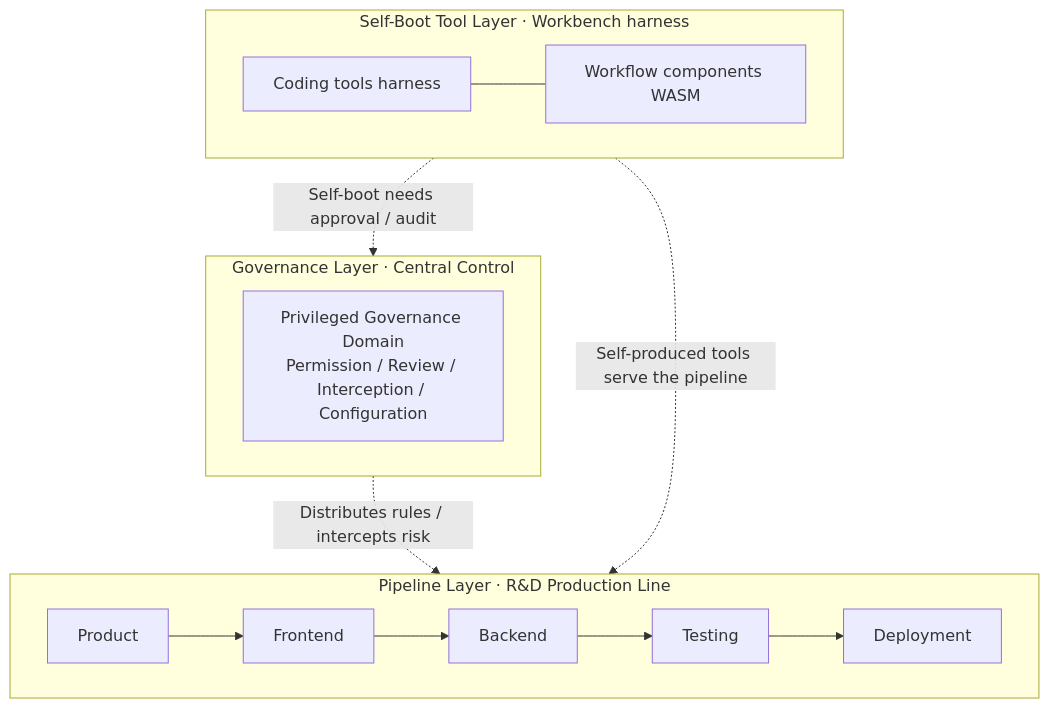
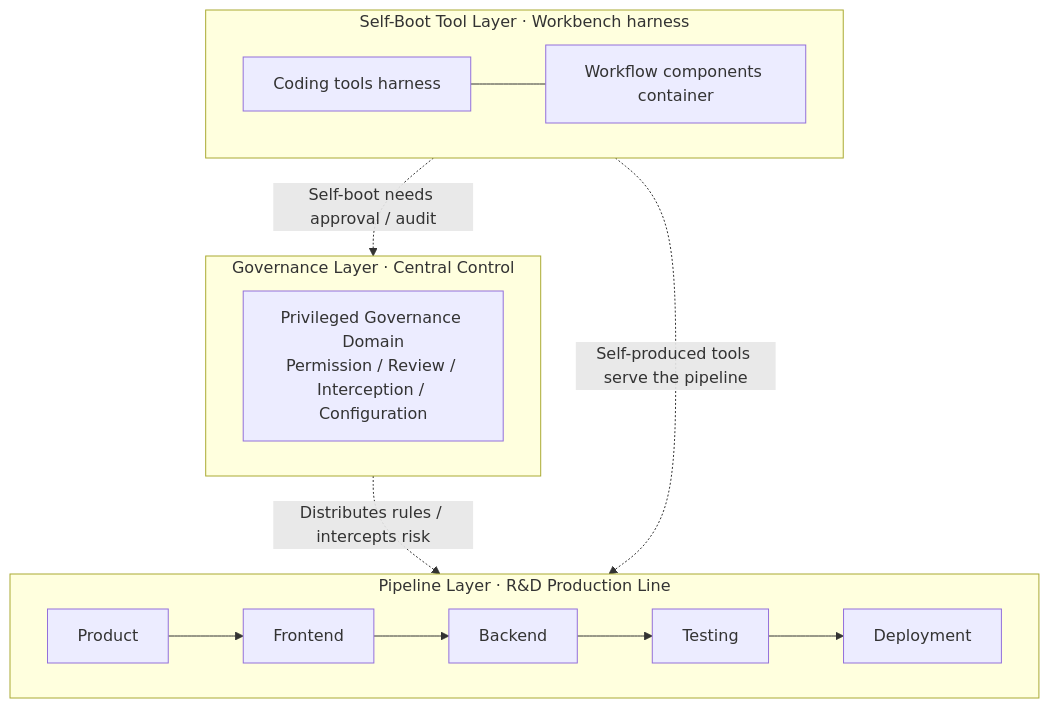
One commit to CanWeakerWriteStrongCode/DolphinMind changed the fourth of 6 diagrams in docs/original-2026-paradigm-en.md. Above: the diagram before and after it, drawn with Mermaid. The commit also changed other lines of this file and 5 other files, not shown here.

````diff
--- a/docs/original-2026-paradigm-en.md
+++ b/docs/original-2026-paradigm-en.md
@@ -448,20 +448,20 @@
 ```mermaid
 flowchart TD
     subgraph L1[Governance Layer · Central Control]
         GOV[Privileged Governance Domain<br/>Permission / Review / Interception / Configuration]
     end
 
     subgraph L2[Pipeline Layer · R&D Production Line]
         direction LR
         PM[Product] --> FE[Frontend] --> BE[Backend] --> QA[Testing] --> DEP[Deployment]
     end
 
     subgraph L3[Self-Boot Tool Layer · Workbench harness]
         direction LR
-        T1[Coding tools harness] --- T2[Workflow components WASM]
+        T1[Coding tools harness] --- T2[Workflow components container]
     end
 
     L1 -. Distributes rules / intercepts risk .-> L2
     L3 -. Self-boot needs approval / audit .-> L1
     L3 -. Self-produced tools serve the pipeline .-> L2
 ```
````
